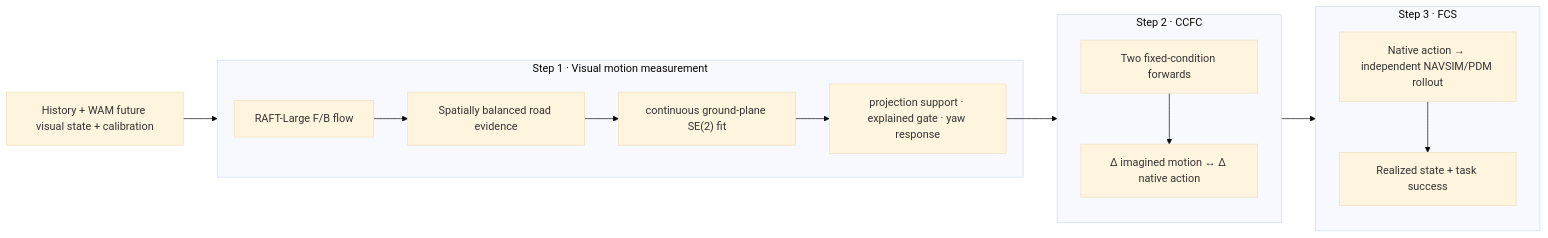
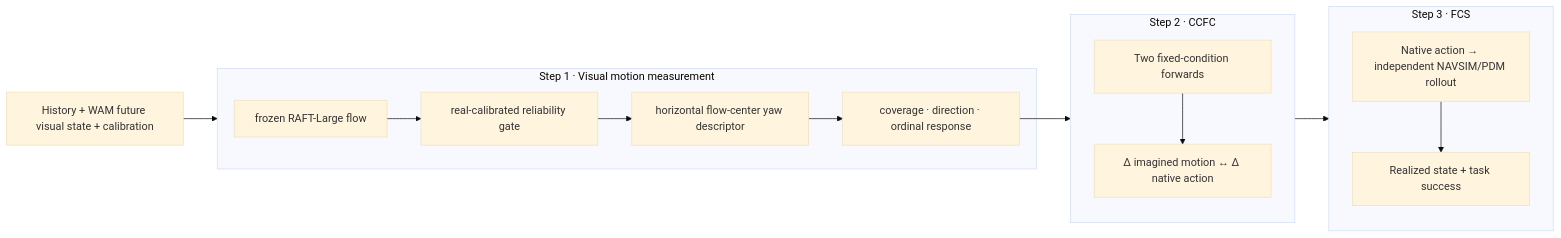
Before and after one commit to RiseBun/IAC: the diagram in README.md, drawn with Mermaid (base theme). The commit also changed other lines of this file and 7 other files, not shown here.

````diff
--- a/README.md
+++ b/README.md
@@ -46,17 +46,17 @@
 ```mermaid
 flowchart LR
   I["History + WAM future visual state + calibration"] --> S1
   subgraph S1["Step 1 · Visual motion measurement"]
-    S1a["RAFT-Large F/B flow"] --> S1b["Spatially balanced road evidence"]
-    S1b --> S1c["continuous ground-plane SE(2) fit"]
-    S1c --> S1d["projection support · explained gate · yaw response"]
+    S1a["frozen RAFT-Large flow"] --> S1b["real-calibrated reliability gate"]
+    S1b --> S1c["horizontal flow-center yaw descriptor"]
+    S1c --> S1d["coverage · direction · ordinal response"]
   end
   S1d --> S2
   subgraph S2["Step 2 · CCFC"]
     S2a["Two fixed-condition forwards"] --> S2b["Δ imagined motion ↔ Δ native action"]
   end
   S2 --> S3
   subgraph S3["Step 3 · FCS"]
     S3a["Native action → independent NAVSIM/PDM rollout"] --> S3b["Realized state + task success"]
   end
 ```
````
